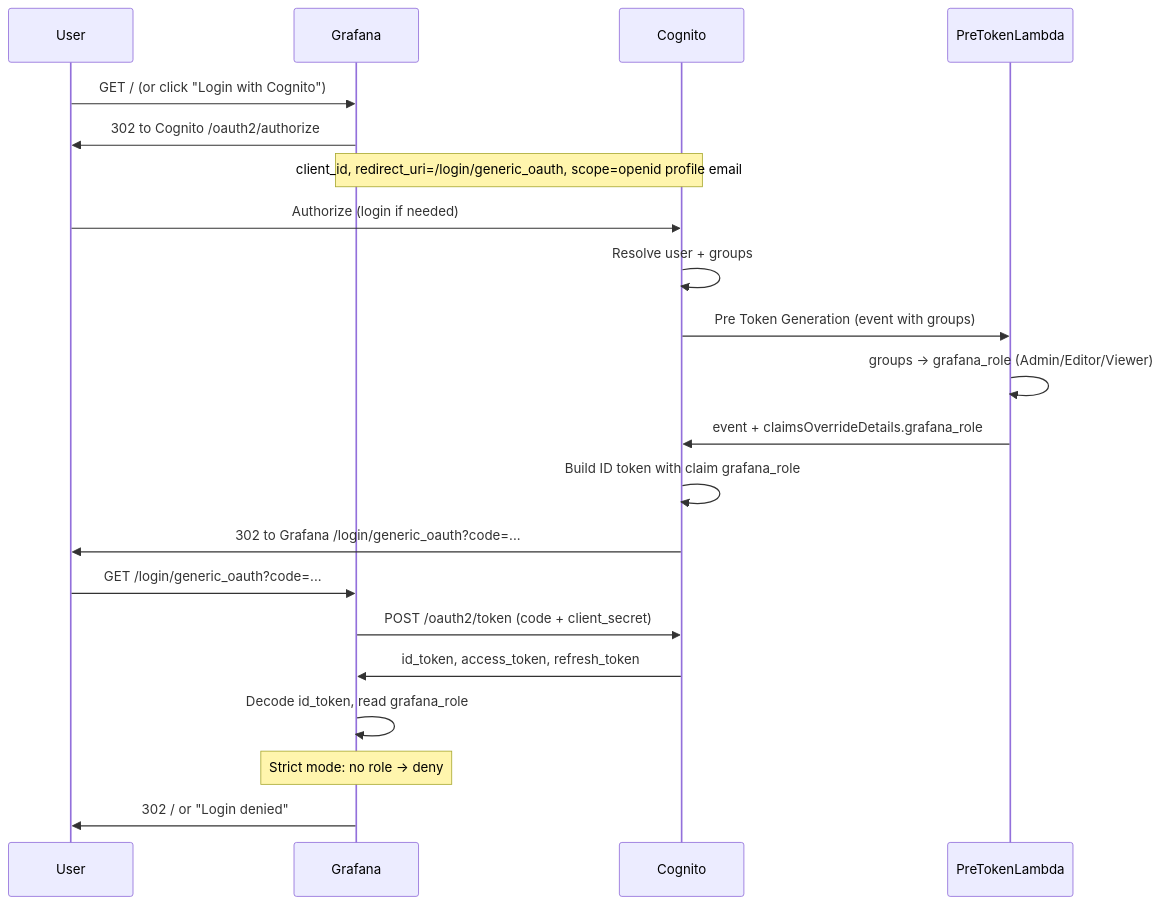
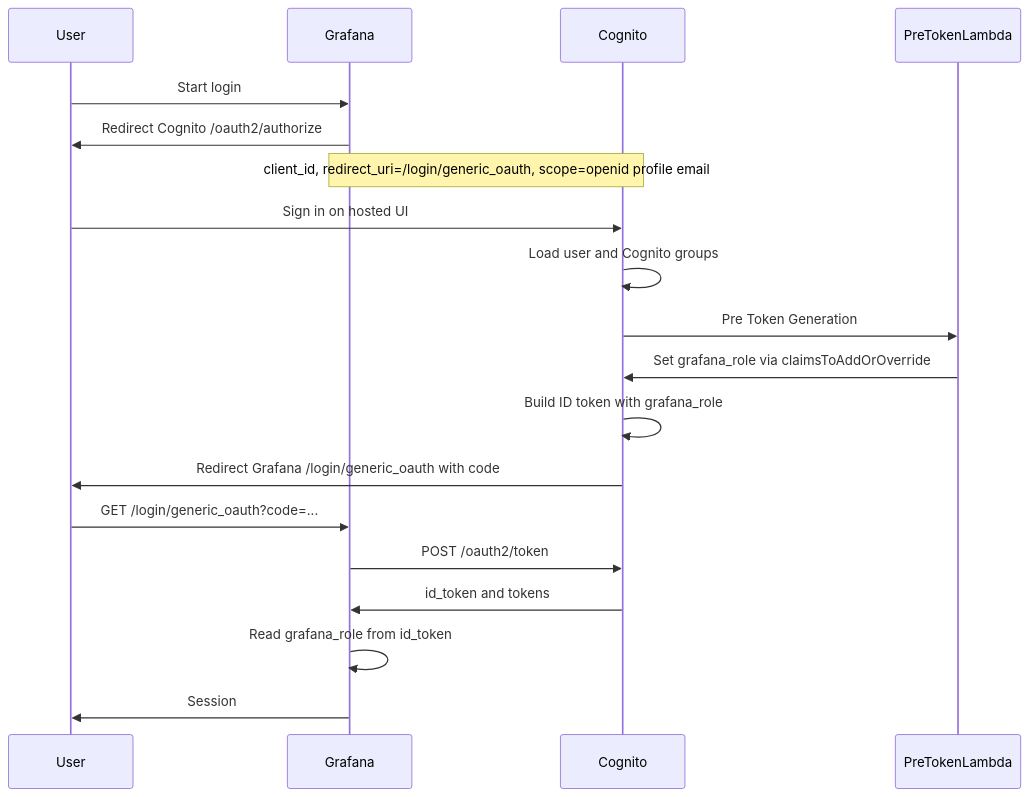
One commit to cloudbuildlab/grafana-dashboard changed the first of 4 diagrams in terraform/grafana_cognito/README.md. Above: the diagram before and after it, drawn with Mermaid. The commit also changed other lines of this file, not shown here.

````diff
--- a/terraform/grafana_cognito/README.md
+++ b/terraform/grafana_cognito/README.md
@@ -26,29 +36,27 @@
 ```mermaid
 sequenceDiagram
     participant User
     participant Grafana
     participant Cognito
     participant PreTokenLambda
 
-    User->>Grafana: GET / (or click "Login with Cognito")
-    Grafana->>User: 302 to Cognito /oauth2/authorize
+    User->>Grafana: Start login
+    Grafana->>User: Redirect Cognito /oauth2/authorize
     Note over Grafana,Cognito: client_id, redirect_uri=/login/generic_oauth, scope=openid profile email
 
-    User->>Cognito: Authorize (login if needed)
-    Cognito->>Cognito: Resolve user + groups
+    User->>Cognito: Sign in on hosted UI
+    Cognito->>Cognito: Load user and Cognito groups
 
-    Cognito->>PreTokenLambda: Pre Token Generation (event with groups)
-    PreTokenLambda->>PreTokenLambda: groups → grafana_role (Admin/Editor/Viewer)
-    PreTokenLambda->>Cognito: event + claimsOverrideDetails.grafana_role
+    Cognito->>PreTokenLambda: Pre Token Generation
+    PreTokenLambda->>Cognito: Set grafana_role via claimsToAddOrOverride
 
-    Cognito->>Cognito: Build ID token with claim grafana_role
-    Cognito->>User: 302 to Grafana /login/generic_oauth?code=...
+    Cognito->>Cognito: Build ID token with grafana_role
+    Cognito->>User: Redirect Grafana /login/generic_oauth with code
 
     User->>Grafana: GET /login/generic_oauth?code=...
-    Grafana->>Cognito: POST /oauth2/token (code + client_secret)
-    Cognito->>Grafana: id_token, access_token, refresh_token
+    Grafana->>Cognito: POST /oauth2/token
+    Cognito->>Grafana: id_token and tokens
 
-    Grafana->>Grafana: Decode id_token, read grafana_role
-    Note over Grafana: Strict mode: no role → deny
-    Grafana->>User: 302 / or "Login denied"
+    Grafana->>Grafana: Read grafana_role from id_token
+    Grafana->>User: Session
 ```
````
